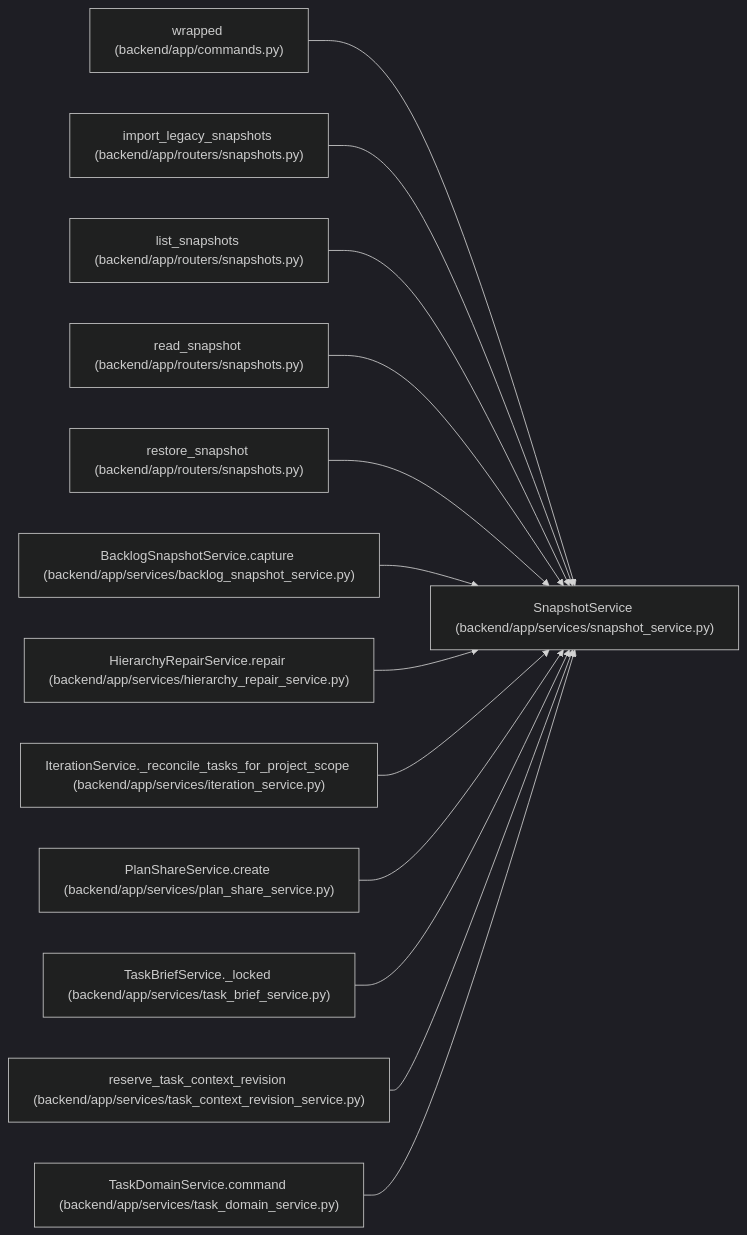
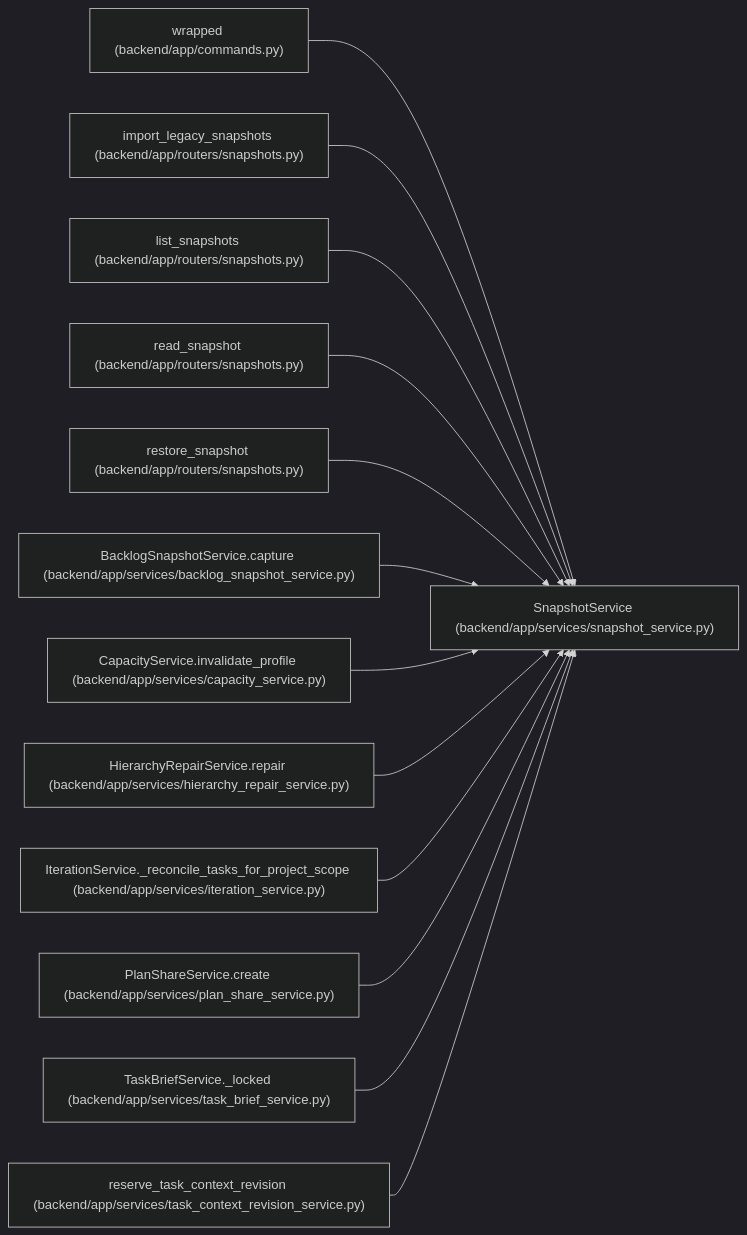
Before and after one commit to Denissvgn/WorkChord: the diagram in docs/llm_wiki/entities/SnapshotService.md, drawn with Mermaid (dark theme). The commit also changed other lines of this file and 1888 other files, not shown here.

First line of the commit message:
Add human teamwork workflows, shared capacity, and task discussion (#7)

````diff
--- a/docs/llm_wiki/entities/SnapshotService.md
+++ b/docs/llm_wiki/entities/SnapshotService.md
@@ -44,41 +44,41 @@
 ```mermaid
 flowchart LR
     n0["SnapshotService (backend/app/services/snapshot_service.py)"]
     n1["wrapped (backend/app/commands.py)"]
     n2["import_legacy_snapshots (backend/app/routers/snapshots.py)"]
     n3["list_snapshots (backend/app/routers/snapshots.py)"]
     n4["read_snapshot (backend/app/routers/snapshots.py)"]
     n5["restore_snapshot (backend/app/routers/snapshots.py)"]
     n6["BacklogSnapshotService.capture (backend/app/services/backlog_snapshot_service.py)"]
-    n7["HierarchyRepairService.repair (backend/app/services/hierarchy_repair_service.py)"]
-    n8["IterationService._reconcile_tasks_for_project_scope (backend/app/services/iteration_service.py)"]
-    n9["PlanShareService.create (backend/app/services/plan_share_service.py)"]
-    n10["TaskBriefService._locked (backend/app/services/task_brief_service.py)"]
-    n11["reserve_task_context_revision (backend/app/services/task_context_revision_service.py)"]
-    n12["TaskDomainService.command (backend/app/services/task_domain_service.py)"]
+    n7["CapacityService.invalidate_profile (backend/app/services/capacity_service.py)"]
+    n8["HierarchyRepairService.repair (backend/app/services/hierarchy_repair_service.py)"]
+    n9["IterationService._reconcile_tasks_for_project_scope (backend/app/services/iteration_service.py)"]
+    n10["PlanShareService.create (backend/app/services/plan_share_service.py)"]
+    n11["TaskBriefService._locked (backend/app/services/task_brief_service.py)"]
+    n12["reserve_task_context_revision (backend/app/services/task_context_revision_service.py)"]
     n1 --> n0
     n2 --> n0
     n3 --> n0
     n4 --> n0
     n5 --> n0
     n6 --> n0
     n7 --> n0
     n8 --> n0
     n9 --> n0
     n10 --> n0
     n11 --> n0
     n12 --> n0
     click n0 "../modules/snapshot_service.md"
     click n1 "../modules/commands.md"
     click n2 "../modules/snapshots.md"
     click n3 "../modules/snapshots.md"
     click n4 "../modules/snapshots.md"
     click n5 "../modules/snapshots.md"
     click n6 "../modules/backlog_snapshot_service.md"
-    click n7 "../modules/hierarchy_repair_service.md"
-    click n8 "../modules/iteration_service.md"
-    click n9 "../modules/plan_share_service.md"
-    click n10 "../modules/task_brief_service.md"
-    click n11 "../modules/task_context_revision_service.md"
-    click n12 "../modules/task_domain_service.md"
+    click n7 "../modules/capacity_service.md"
+    click n8 "../modules/hierarchy_repair_service.md"
+    click n9 "../modules/iteration_service.md"
+    click n10 "../modules/plan_share_service.md"
+    click n11 "../modules/task_brief_service.md"
+    click n12 "../modules/task_context_revision_service.md"
 ```
````
